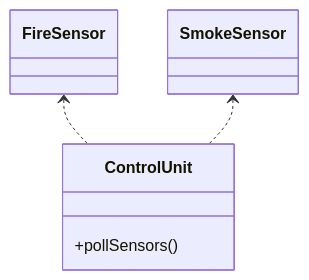
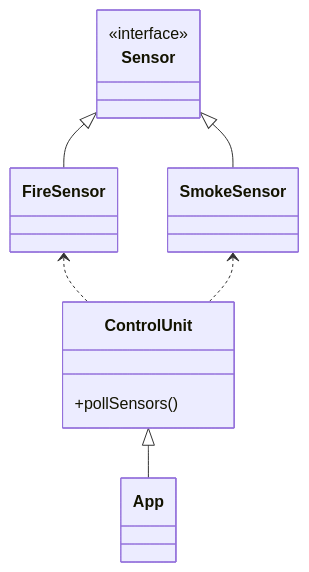
The first of 2 diagrams in exercise-2/README.md (nerdschoolbergen/solid), drawn with Mermaid before and after one commit. The commit also changed other lines of this file and 1 other file, not shown here.

````diff
--- a/exercise-2/README.md
+++ b/exercise-2/README.md
@@ -7,15 +7,17 @@
 ```mermaid
 classDiagram
+    Sensor <|-- FireSensor
+    Sensor <|-- SmokeSensor
     FireSensor <.. ControlUnit
     SmokeSensor <.. ControlUnit
-
-    class FireSensor{
-    }
+    ControlUnit <|-- App
     
-    class SmokeSensor{
-    }
-    
+    class Sensor
+    <<interface>> Sensor
+    class FireSensor
+    class SmokeSensor
     class ControlUnit{
       +pollSensors()
     }
+    class App
 ```
````
